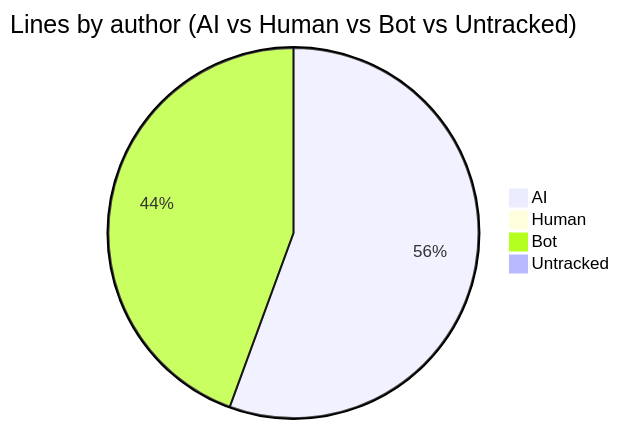
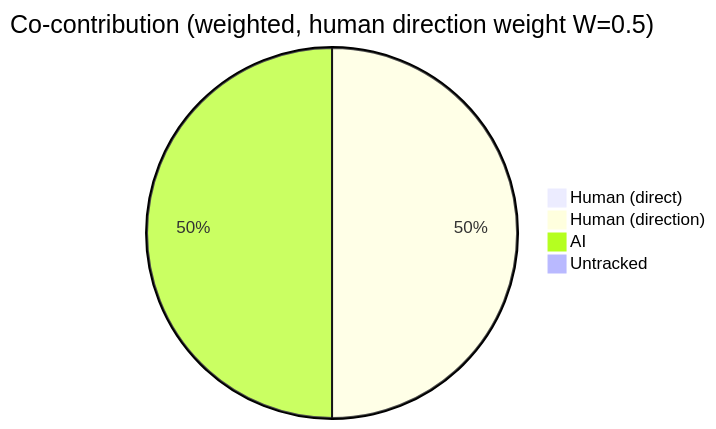
The first of 2 diagrams in AI-AUTHORSHIP.md (CaliMark/ai-authorship), drawn with Mermaid before and after one commit. The commit also changed other lines of this file and 5 other files, not shown here.

Commit message:
feat: weighted co-contribution view — human-direction credit (REPORT_HUMAN_DIRECTION_WEIGHT) + co-authored commit marker; JSON schema v3

````diff
--- a/AI-AUTHORSHIP.md
+++ b/AI-AUTHORSHIP.md
@@ -20,7 +22,7 @@
 ```mermaid
-pie title Lines by author (AI vs Human vs Bot vs Untracked)
-    "AI" : 2098
-    "Human" : 0
-    "Bot" : 1676
+pie title Co-contribution (weighted, human direction weight W=0.5)
+    "Human (direct)" : 0
+    "Human (direction)" : 1049
+    "AI" : 1049
     "Untracked" : 0
 ```
````
